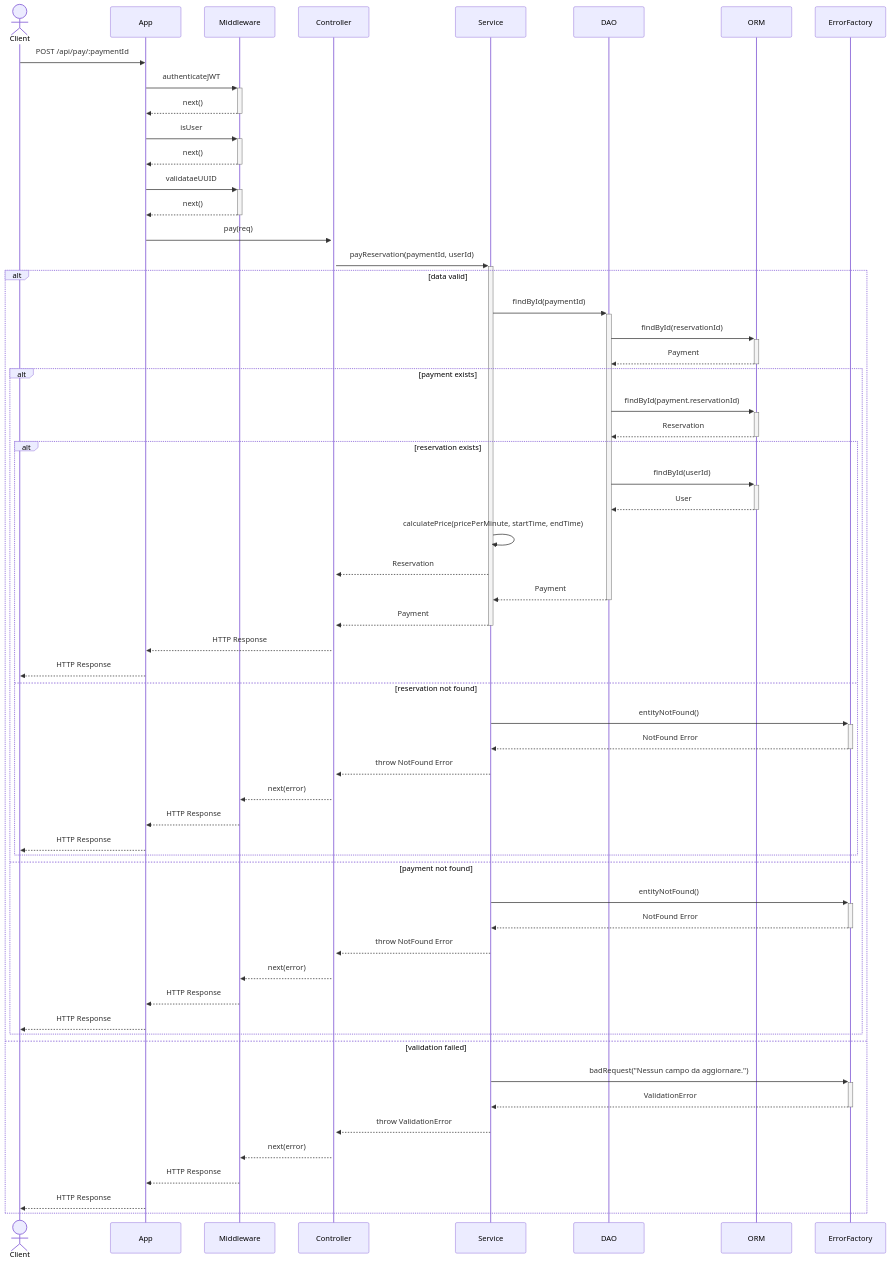
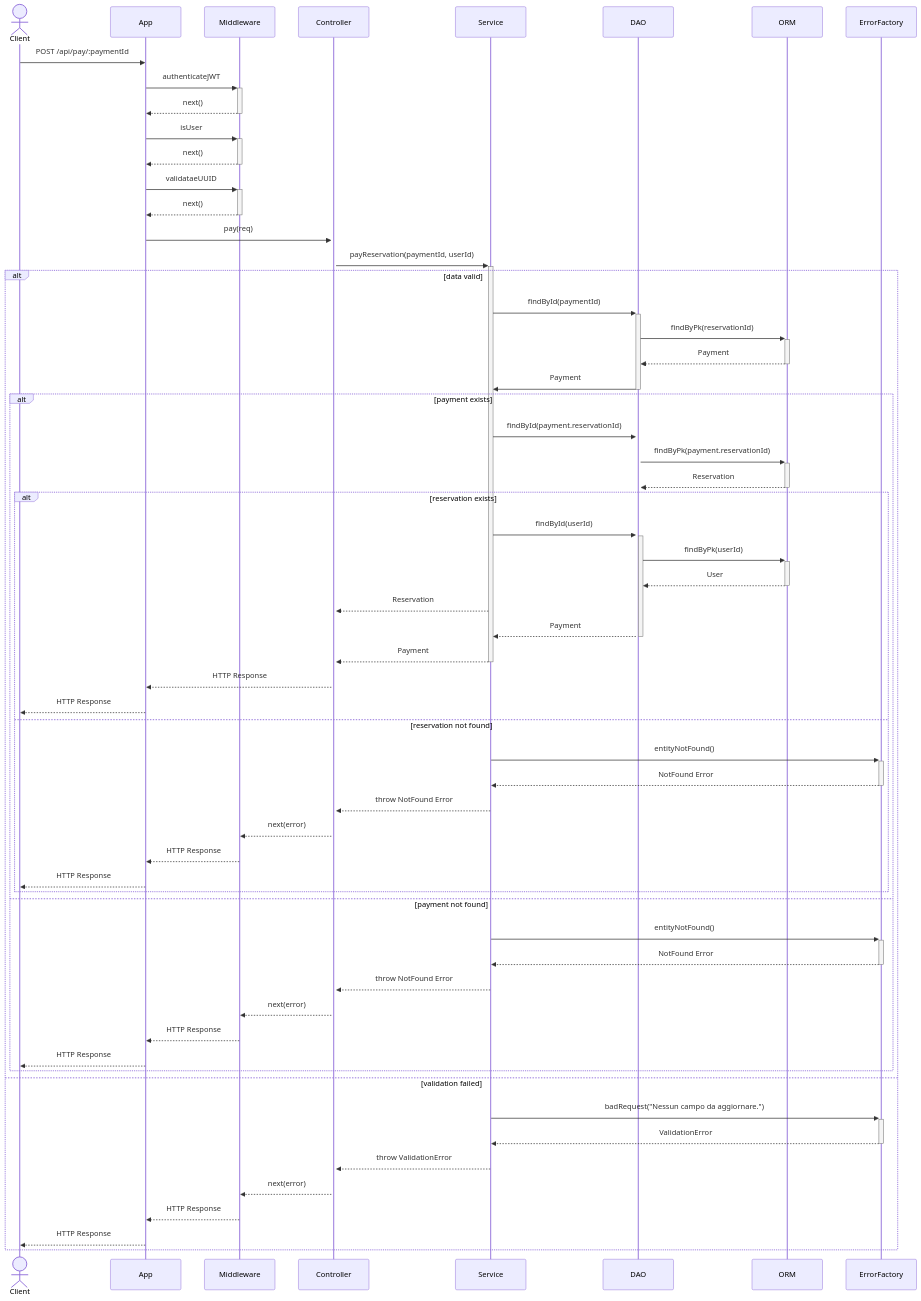
Before and after one commit to niccolociotti/parking_PA: diagram 15 of 22 in README.md, drawn with Mermaid. The commit also changed other lines of this file, not shown here.

````diff
--- a/README.md
+++ b/README.md
@@ -877,62 +877,64 @@
 ```mermaid
 sequenceDiagram
     actor Client
     participant App
     participant Middleware
     participant Controller
     participant Service
     participant DAO
     participant ORM
     participant ErrorFactory
 
     Client->>App: POST /api/pay/:paymentId
     App->>+Middleware: authenticateJWT
     Middleware-->>-App: next()
     App->>+Middleware: isUser
     Middleware-->>-App: next()
     App->>+Middleware: validataeUUID
     Middleware-->>-App: next()
     App->>+Controller: pay(req)
     Controller->>+Service: payReservation(paymentId, userId)
     alt data valid
         Service->>+DAO: findById(paymentId)
-        DAO->>+ORM: findById(reservationId)
+        DAO->>+ORM: findByPk(reservationId)
         ORM-->>-DAO: Payment
+        DAO->>-Service: Payment
         alt payment exists
-          DAO->>+ORM: findById(payment.reservationId)
+          Service->>+DAO: findById(payment.reservationId)
+          DAO->>+ORM: findByPk(payment.reservationId)
           ORM-->>-DAO: Reservation
           alt reservation exists
-            DAO->>+ORM: findById(userId)
+            Service->>+DAO: findById(userId)
+            DAO->>+ORM: findByPk(userId)
             ORM-->>-DAO: User
-            Service->>Service:calculatePrice(pricePerMinute, startTime, endTime)
             Service-->>Controller: Reservation
             DAO-->>-Service: Payment
             Service-->>-Controller: Payment
             Controller-->>App: HTTP Response
             App-->>Client: HTTP Response
           else reservation not found
               Service->>+ErrorFactory: entityNotFound()
               ErrorFactory-->>-Service: NotFound Error
               Service-->>Controller: throw NotFound Error
               Controller-->>Middleware: next(error)
               Middleware-->>App: HTTP Response
               App-->>Client: HTTP Response
               end
         else payment not found
             Service->>+ErrorFactory: entityNotFound()
             ErrorFactory-->>-Service: NotFound Error
             Service-->>Controller: throw NotFound Error
             Controller-->>Middleware: next(error)
             Middleware-->>App: HTTP Response
             App-->>Client: HTTP Response
             end
     else validation failed
       Service->>+ErrorFactory: badRequest("Nessun campo da aggiornare.")
       ErrorFactory-->>-Service: ValidationError
       Service-->>Controller: throw ValidationError
       Controller-->>Middleware: next(error)
       Middleware-->>App: HTTP Response
       App-->>Client: HTTP Response
   end
 
 ```
````
